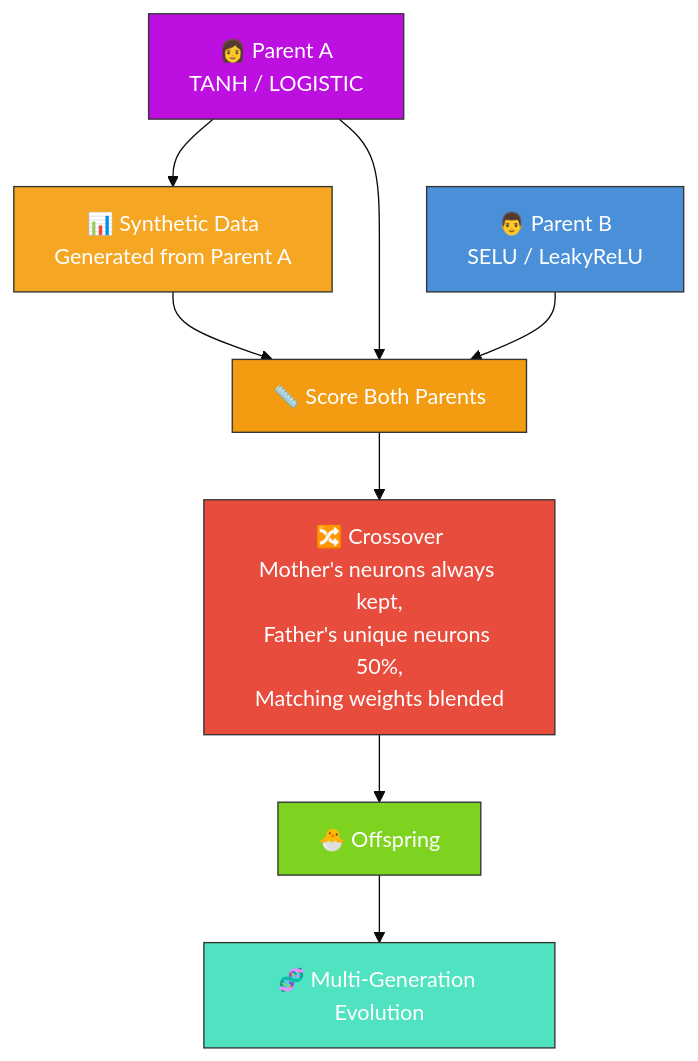
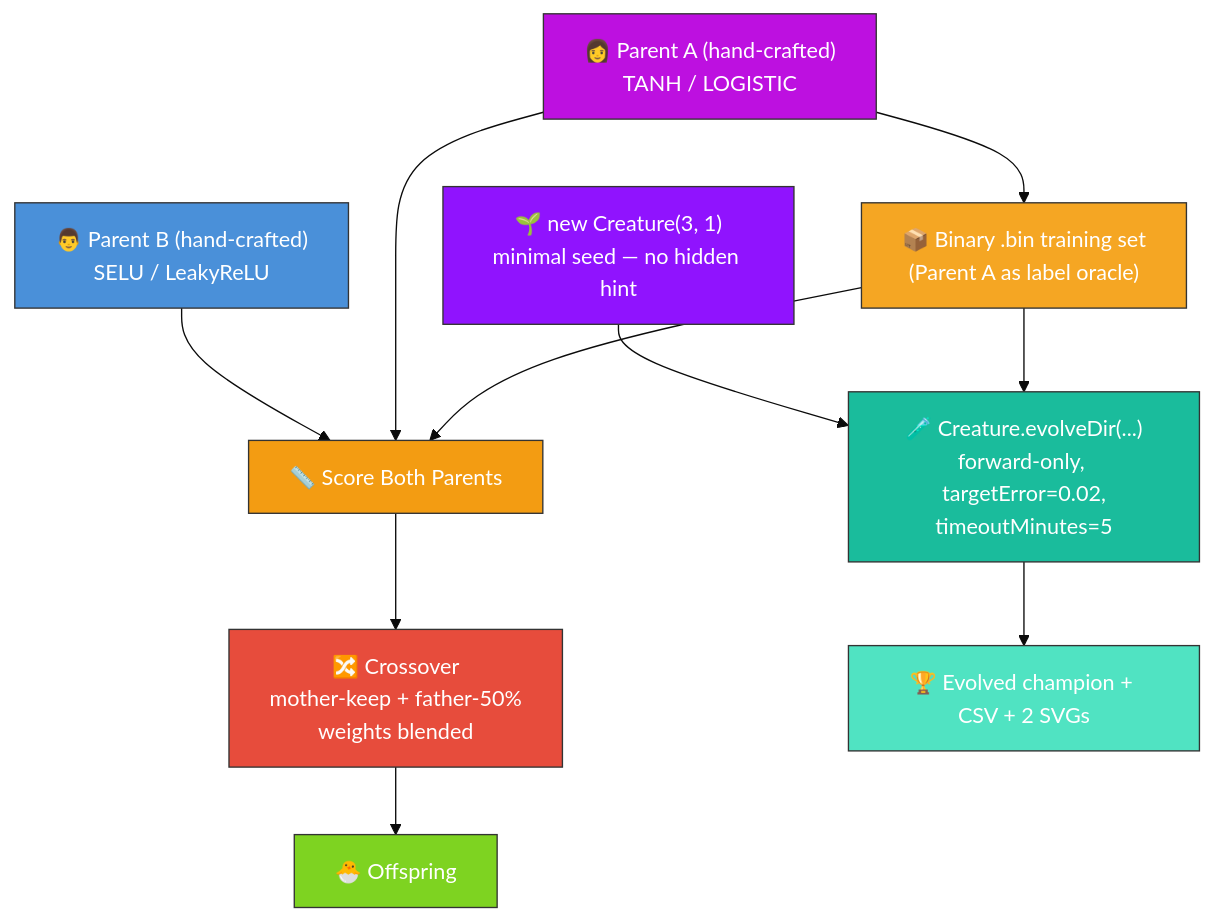
One commit to stSoftwareAU/NEAT-AI-Examples changed the diagram in crossover/README.md. Above: the diagram before and after it, drawn with Mermaid (base theme). The commit also changed other lines of this file and 7 other files, not shown here.

First line of the commit message:
crossover: minimal seed + measured telemetry (#213)

````diff
--- a/crossover/README.md
+++ b/crossover/README.md
@@ -9,26 +9,32 @@
 ```mermaid
 flowchart TD
-    PA["👩 Parent A<br/>TANH / LOGISTIC"]
-    PB["👨 Parent B<br/>SELU / LeakyReLU"]
-    DATA["📊 Synthetic Data<br/>Generated from Parent A"]
+    PA["👩 Parent A (hand-crafted)<br/>TANH / LOGISTIC"]
+    PB["👨 Parent B (hand-crafted)<br/>SELU / LeakyReLU"]
+    DATA["📦 Binary .bin training set<br/>(Parent A as label oracle)"]
     SCORE["📏 Score Both Parents"]
-    CROSS["🔀 Crossover<br/>Mother's neurons always kept,<br/>Father's unique neurons 50%,<br/>Matching weights blended"]
+    CROSS["🔀 Crossover<br/>mother-keep + father-50%<br/>weights blended"]
     OFF["🐣 Offspring"]
-    EVO["🧬 Multi-Generation Evolution"]
+    SEED["🌱 new Creature(3, 1)<br/>minimal seed — no hidden hint"]
+    EVO["🧪 Creature.evolveDir(...)<br/>forward-only, targetError=0.02,<br/>timeoutMinutes=5"]
+    OUT["🏆 Evolved champion + CSV + 2 SVGs"]
 
     PA --> DATA
     DATA --> SCORE
     PA --> SCORE
     PB --> SCORE
     SCORE --> CROSS
     CROSS --> OFF
-    OFF --> EVO
+    DATA --> EVO
+    SEED --> EVO
+    EVO --> OUT
 
     style PA fill:#bd10e0,stroke:#333,color:#fff
     style PB fill:#4a90d9,stroke:#333,color:#fff
     style DATA fill:#f5a623,stroke:#333,color:#fff
     style SCORE fill:#f39c12,stroke:#333,color:#fff
     style CROSS fill:#e74c3c,stroke:#333,color:#fff
     style OFF fill:#7ed321,stroke:#333,color:#fff
-    style EVO fill:#50e3c2,stroke:#333,color:#fff
+    style SEED fill:#9013fe,stroke:#333,color:#fff
+    style EVO fill:#1abc9c,stroke:#333,color:#fff
+    style OUT fill:#50e3c2,stroke:#333,color:#fff
 ```
````
